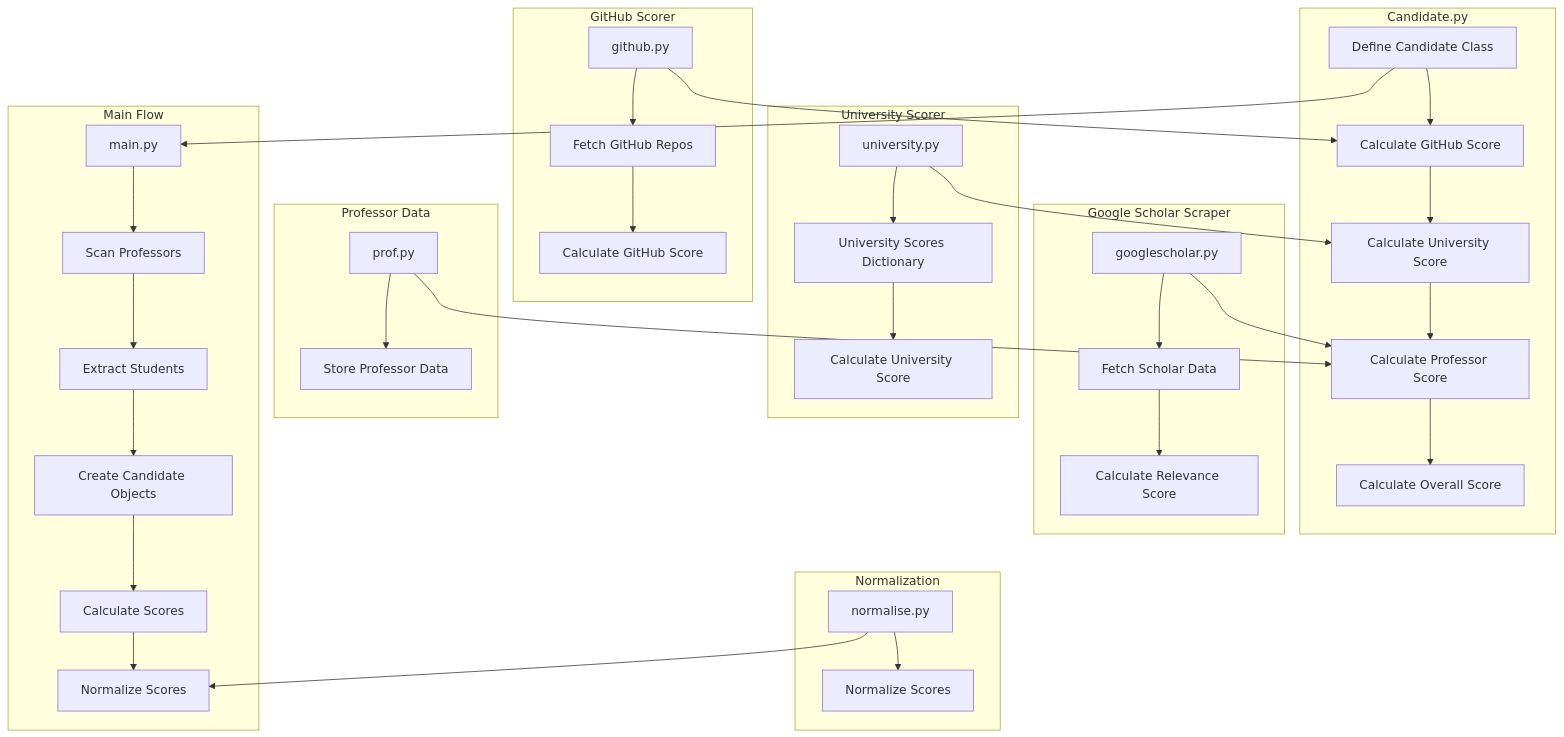
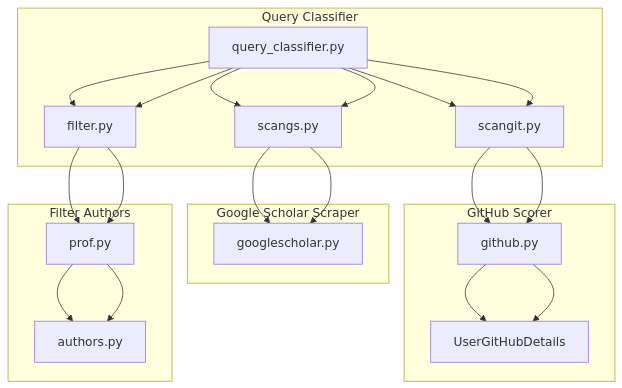
Before and after one commit to aarcee17/AIrecruiter: the diagram in README.md, drawn with Mermaid. The commit also changed 14 other files, not shown here.

````diff
--- a/README.md
+++ b/README.md
@@ -11,49 +12,32 @@
 ```mermaid
 graph TD
 
-subgraph Candidate.py
-    A1[Define Candidate Class] --> A2[Calculate GitHub Score]
-    A2 --> A3[Calculate University Score]
-    A3 --> A4[Calculate Professor Score]
-    A4 --> A5[Calculate Overall Score]
+subgraph Query Classifier
+    A1[query_classifier.py] --> B1[scangit.py]
+    A1 --> C1[scangs.py]
+    A1 --> D1[filter.py]
 end
 
 subgraph GitHub Scorer
-    B1[github.py] --> B2[Fetch GitHub Repos]
-    B2 --> B3[Calculate GitHub Score]
-end
-
-subgraph University Scorer
-    C1[university.py] --> C2[University Scores Dictionary]
-    C2 --> C3[Calculate University Score]
-end
-
-subgraph Professor Data
-    D1[prof.py] --> D2[Store Professor Data]
-end
-
-subgraph Normalization
-    E1[normalise.py] --> E2[Normalize Scores]
+    B1 --> B2[github.py]
+    B2 --> B3[UserGitHubDetails]
 end
 
 subgraph Google Scholar Scraper
-    F1[googlescholar.py] --> F2[Fetch Scholar Data]
-    F2 --> F3[Calculate Relevance Score]
+    C1 --> C2[googlescholar.py]
 end
 
-subgraph Main Flow
-    G1[main.py] --> G2[Scan Professors]
-    G2 --> G3[Extract Students]
-    G3 --> G4[Create Candidate Objects]
-    G4 --> G5[Calculate Scores]
-    G5 --> G6[Normalize Scores]
+subgraph Filter Authors
+    D1 --> D2[prof.py]
+    D2 --> D3[authors.py]
 end
 
-A1 --> G1
-B1 --> A2
-C1 --> A3
-D1 --> A4
-E1 --> G6
-F1 --> A4
-
+A1 --> B1
+A1 --> C1
+A1 --> D1
+B1 --> B2
+B2 --> B3
+C1 --> C2
+D1 --> D2
+D2 --> D3
 ```
````
